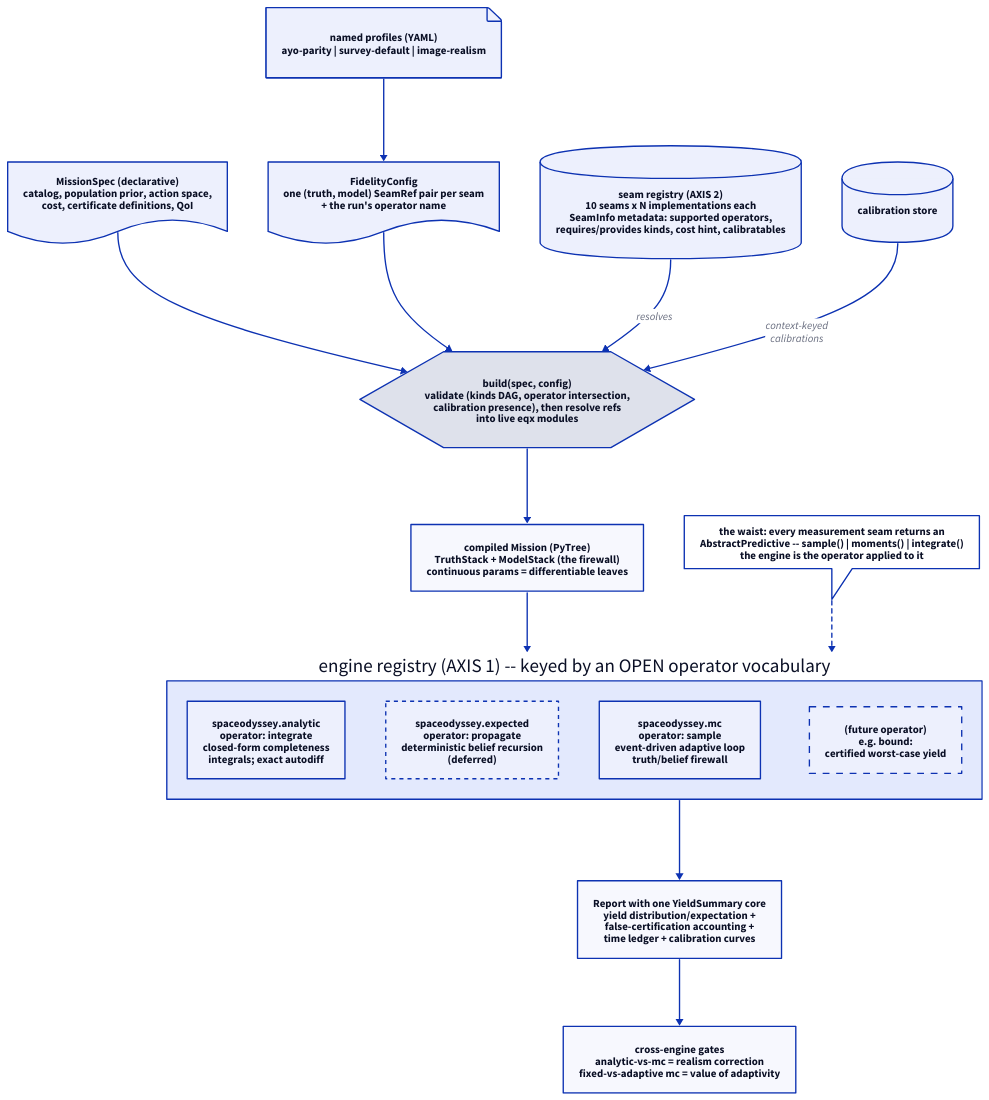
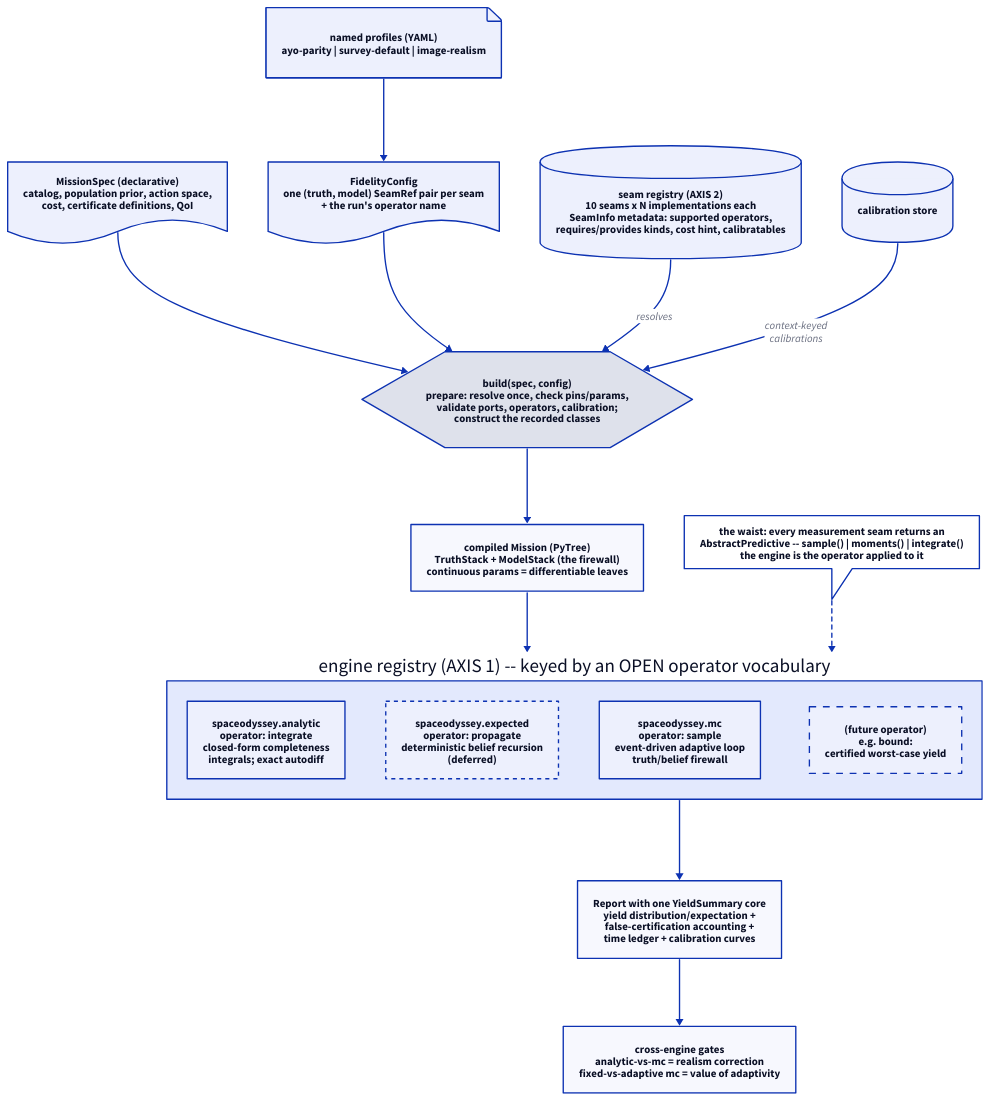
The diagram in docs/diagrams/two-axes.d2 (CoreySpohn/spaceodyssey), drawn with D2 before and after one commit. The commit also changed 7 other files, not shown here.

```diff
--- a/docs/diagrams/two-axes.d2
+++ b/docs/diagrams/two-axes.d2
@@ -1,35 +1,35 @@
 # spaceodyssey's two configuration axes. Render: d2 --layout elk two-axes.d2 two-axes.svg
 direction: down
 
 profiles: "named profiles (YAML)\nayo-parity | survey-default | image-realism" {shape: page}
 spec: "MissionSpec (declarative)\ncatalog, population prior, action space,\ncost, certificate definitions, QoI" {shape: document}
 fidelity: "FidelityConfig\none (truth, model) SeamRef pair per seam\n+ the run's operator name" {shape: document}
 registry: "seam registry (AXIS 2)\n10 seams x N implementations each\nSeamInfo metadata: supported operators,\nrequires/provides kinds, cost hint, calibratables" {shape: cylinder}
 store: "calibration store" {shape: cylinder}
 
-build: "build(spec, config)\nvalidate (kinds DAG, operator intersection,\ncalibration presence), then resolve refs\ninto live eqx modules" {shape: hexagon}
+build: "build(spec, config)\nprepare: resolve once, check pins/params,\nvalidate ports, operators, calibration;\nconstruct the recorded classes" {shape: hexagon}
 
 mission: "compiled Mission (PyTree)\nTruthStack + ModelStack (the firewall)\ncontinuous params = differentiable leaves"
 
 waist: "the waist: every measurement seam returns an\nAbstractPredictive -- sample() | moments() | integrate()\nthe engine is the operator applied to it" {shape: callout}
 
 engines: "engine registry (AXIS 1) -- keyed by an OPEN operator vocabulary" {
   analytic: "spaceodyssey.analytic\noperator: integrate\nclosed-form completeness\nintegrals; exact autodiff"
   expected: "spaceodyssey.expected\noperator: propagate\ndeterministic belief recursion\n(deferred)" {style.stroke-dash: 3}
   mc: "spaceodyssey.mc\noperator: sample\nevent-driven adaptive loop\ntruth/belief firewall"
   fourth: "(future operator)\ne.g. bound:\ncertified worst-case yield" {style.stroke-dash: 5}
 }
 
 report: "Report with one YieldSummary core\nyield distribution/expectation +\nfalse-certification accounting +\ntime ledger + calibration curves"
 gates: "cross-engine gates\nanalytic-vs-mc = realism correction\nfixed-vs-adaptive mc = value of adaptivity"
 
 profiles -> fidelity
 spec -> build
 fidelity -> build
 registry -> build: resolves
 store -> build: "context-keyed\ncalibrations"
 build -> mission
 mission -> engines
 waist -> engines: "" {style.stroke-dash: 3}
 engines -> report
 report -> gates
```
